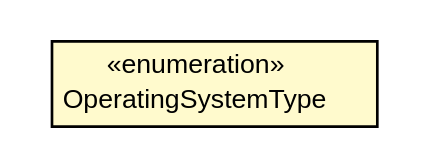
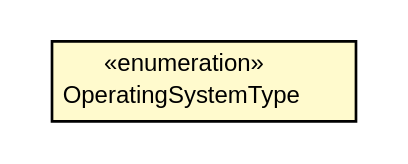
Before and after one commit to ericpinet/ConnectLife: the diagram in javadoc/coreserver/com/connectlife/coreserver/tools/os/OperatingSystem.OperatingSystemType.dot, drawn with Graphviz. The commit also changed 432 other files, not shown here.

```diff
--- a/javadoc/coreserver/com/connectlife/coreserver/tools/os/OperatingSystem.OperatingSystemType.dot
+++ b/javadoc/coreserver/com/connectlife/coreserver/tools/os/OperatingSystem.OperatingSystemType.dot
@@ -1,19 +1,19 @@
 #!/usr/local/bin/dot
 #
 # Class diagram 
 # Generated by UMLGraph version 5.1 (http://www.umlgraph.org/)
 #
 
 digraph G {
 	edge [fontname="Helvetica",fontsize=10,labelfontname="Helvetica",labelfontsize=10];
 	node [fontname="Helvetica",fontsize=10,shape=plaintext];
 	nodesep=0.25;
 	ranksep=0.5;
 	// com.connectlife.coreserver.tools.os.OperatingSystem.OperatingSystemType
-	c626 [label=<<table title="com.connectlife.coreserver.tools.os.OperatingSystem.OperatingSystemType" border="0" cellborder="1" cellspacing="0" cellpadding="2" port="p" bgcolor="lemonChiffon" href="./OperatingSystem.OperatingSystemType.html">
+	c663 [label=<<table title="com.connectlife.coreserver.tools.os.OperatingSystem.OperatingSystemType" border="0" cellborder="1" cellspacing="0" cellpadding="2" port="p" bgcolor="lemonChiffon" href="./OperatingSystem.OperatingSystemType.html">
 		<tr><td><table border="0" cellspacing="0" cellpadding="1">
 <tr><td align="center" balign="center"> &#171;enumeration&#187; </td></tr>
 <tr><td align="center" balign="center"> OperatingSystemType </td></tr>
 		</table></td></tr>
-		</table>>, fontname="Helvetica", fontcolor="black", fontsize=10.0];
+		</table>>, fontname="Helvetica", fontcolor="black", fontsize=9.0];
 }
```
